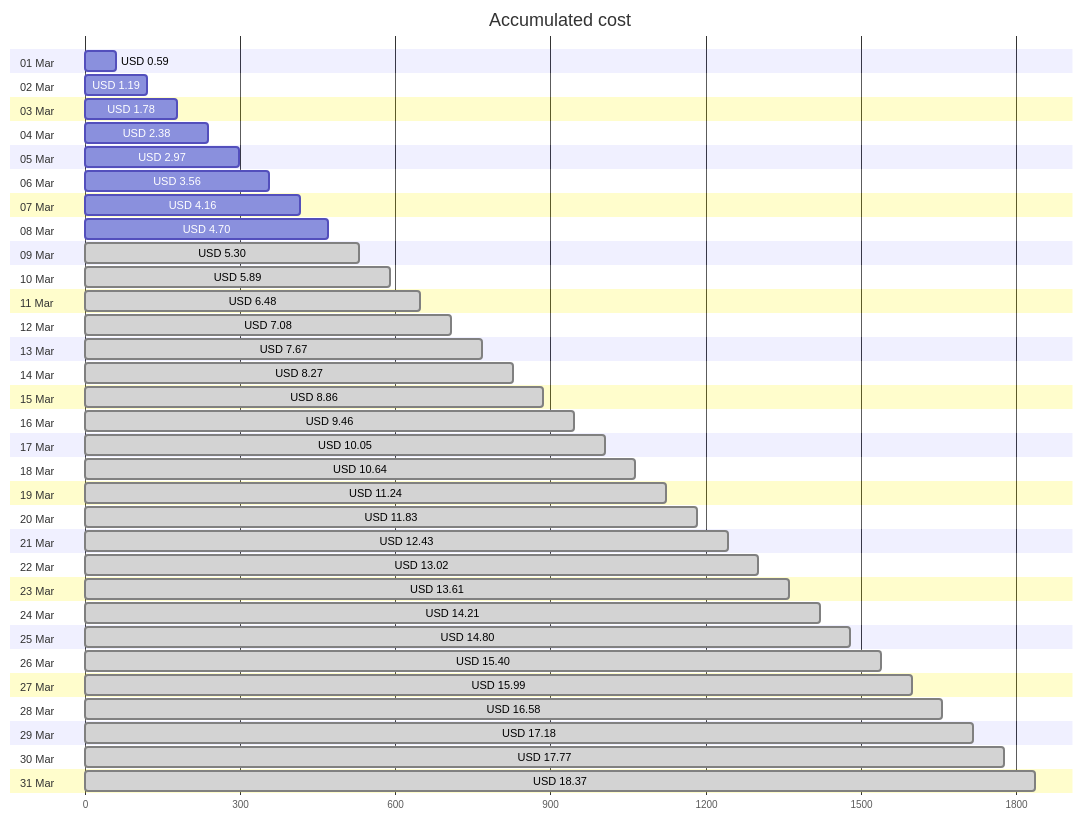
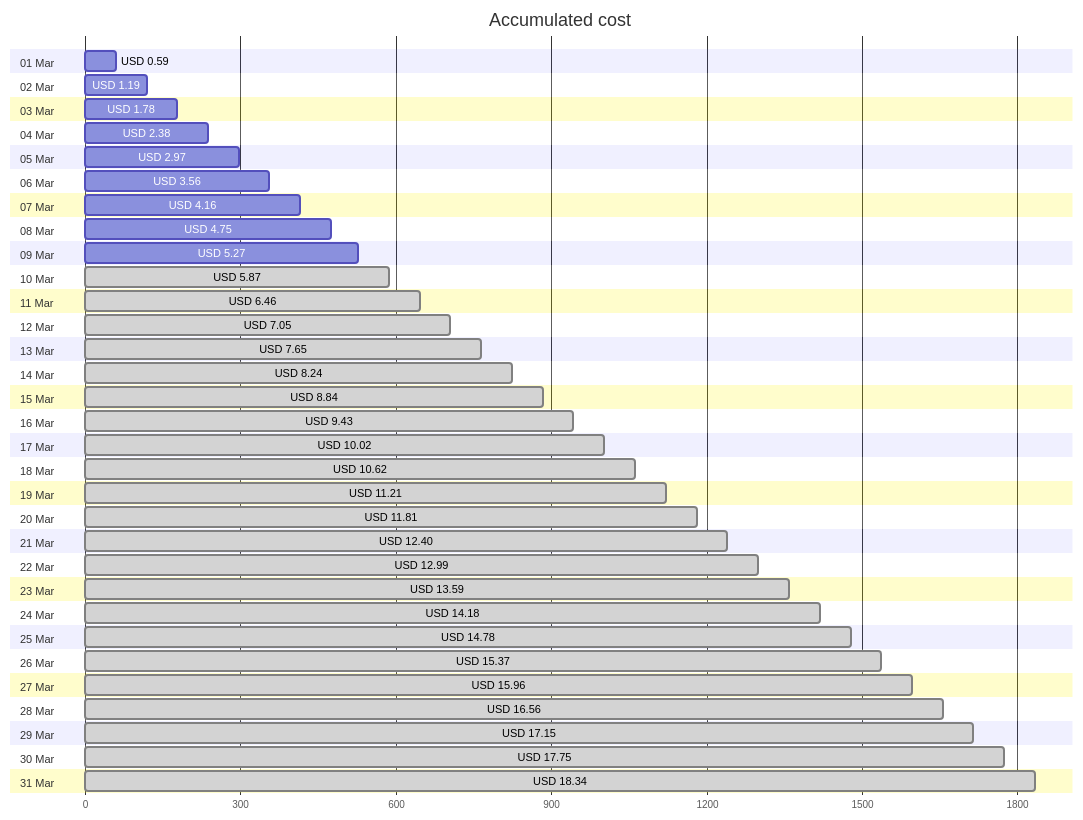
Before and after one commit to jpfulton/azure-personal-reports: the first of 4 diagrams in cost-reports/personal-site/README.md, drawn with Mermaid. The commit also changed other lines of this file and 6 other files, not shown here.

````diff
--- a/cost-reports/personal-site/README.md
+++ b/cost-reports/personal-site/README.md
@@ -20,68 +20,68 @@
 ```mermaid
 gantt
    title Accumulated cost
    dateFormat  X
    axisFormat %s
    section 01 Mar
    USD 0.59 :0, 59
    section 02 Mar
    USD 1.19 :0, 119
    section 03 Mar
    USD 1.78 :0, 178
    section 04 Mar
    USD 2.38 :0, 238
    section 05 Mar
    USD 2.97 :0, 297
    section 06 Mar
    USD 3.56 :0, 356
    section 07 Mar
    USD 4.16 :0, 416
    section 08 Mar
-   USD 4.70 :0, 470
+   USD 4.75 :0, 475
    section 09 Mar
-   USD 5.30 : done, 0, 530
+   USD 5.27 :0, 527
    section 10 Mar
-   USD 5.89 : done, 0, 589
+   USD 5.87 : done, 0, 587
    section 11 Mar
-   USD 6.48 : done, 0, 648
+   USD 6.46 : done, 0, 646
    section 12 Mar
-   USD 7.08 : done, 0, 708
+   USD 7.05 : done, 0, 705
    section 13 Mar
-   USD 7.67 : done, 0, 767
+   USD 7.65 : done, 0, 765
    section 14 Mar
-   USD 8.27 : done, 0, 827
+   USD 8.24 : done, 0, 824
    section 15 Mar
-   USD 8.86 : done, 0, 886
+   USD 8.84 : done, 0, 884
    section 16 Mar
-   USD 9.46 : done, 0, 946
+   USD 9.43 : done, 0, 943
    section 17 Mar
-   USD 10.05 : done, 0, 1005
+   USD 10.02 : done, 0, 1002
    section 18 Mar
-   USD 10.64 : done, 0, 1064
+   USD 10.62 : done, 0, 1062
    section 19 Mar
-   USD 11.24 : done, 0, 1124
+   USD 11.21 : done, 0, 1121
    section 20 Mar
-   USD 11.83 : done, 0, 1183
+   USD 11.81 : done, 0, 1181
    section 21 Mar
-   USD 12.43 : done, 0, 1243
+   USD 12.40 : done, 0, 1240
    section 22 Mar
-   USD 13.02 : done, 0, 1302
+   USD 12.99 : done, 0, 1299
    section 23 Mar
-   USD 13.61 : done, 0, 1361
+   USD 13.59 : done, 0, 1359
    section 24 Mar
-   USD 14.21 : done, 0, 1421
+   USD 14.18 : done, 0, 1418
    section 25 Mar
-   USD 14.80 : done, 0, 1480
+   USD 14.78 : done, 0, 1478
    section 26 Mar
-   USD 15.40 : done, 0, 1540
+   USD 15.37 : done, 0, 1537
    section 27 Mar
-   USD 15.99 : done, 0, 1599
+   USD 15.96 : done, 0, 1596
    section 28 Mar
-   USD 16.58 : done, 0, 1658
+   USD 16.56 : done, 0, 1656
    section 29 Mar
-   USD 17.18 : done, 0, 1718
+   USD 17.15 : done, 0, 1715
    section 30 Mar
-   USD 17.77 : done, 0, 1777
+   USD 17.75 : done, 0, 1775
    section 31 Mar
-   USD 18.37 : done, 0, 1837
+   USD 18.34 : done, 0, 1834
 ```
````
